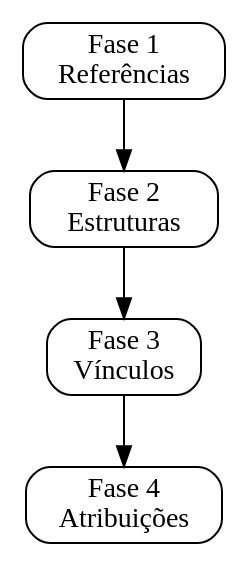
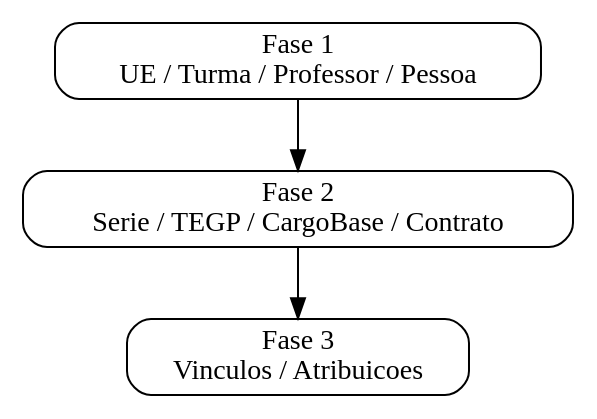
One commit to prefeiturasp/SME-IntegracaoEOL-MS-ETL changed the diagram in docs/dominios/professores/visao_geral.md. Above: the diagram before and after it, drawn with Graphviz. The commit also changed other lines of this file and 33 other files, not shown here.

````diff
--- a/docs/dominios/professores/visao_geral.md
+++ b/docs/dominios/professores/visao_geral.md
@@ -57,13 +55,12 @@
 ```{graphviz}
 digraph G {
     rankdir=TB;
     node [shape=box, style="rounded"];
 
-    F1 [label="Fase 1\nReferências"];
-    F2 [label="Fase 2\nEstruturas"];
-    F3 [label="Fase 3\nVínculos"];
-    F4 [label="Fase 4\nAtribuições"];
+    F1 [label="Fase 1\nUE / Turma / Professor / Pessoa"];
+    F2 [label="Fase 2\nSerie / TEGP / CargoBase / Contrato"];
+    F3 [label="Fase 3\nVinculos / Atribuicoes"];
 
-    F1 -> F2 -> F3 -> F4;
+    F1 -> F2 -> F3;
 }
 ```
````
